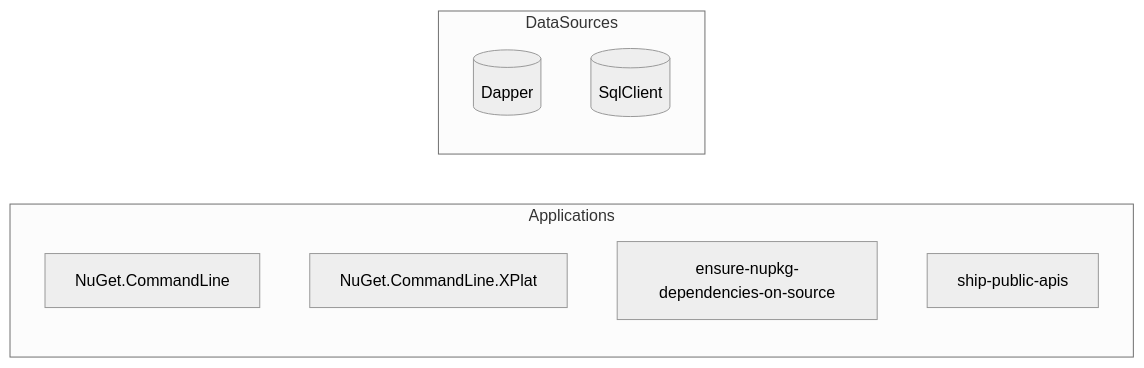
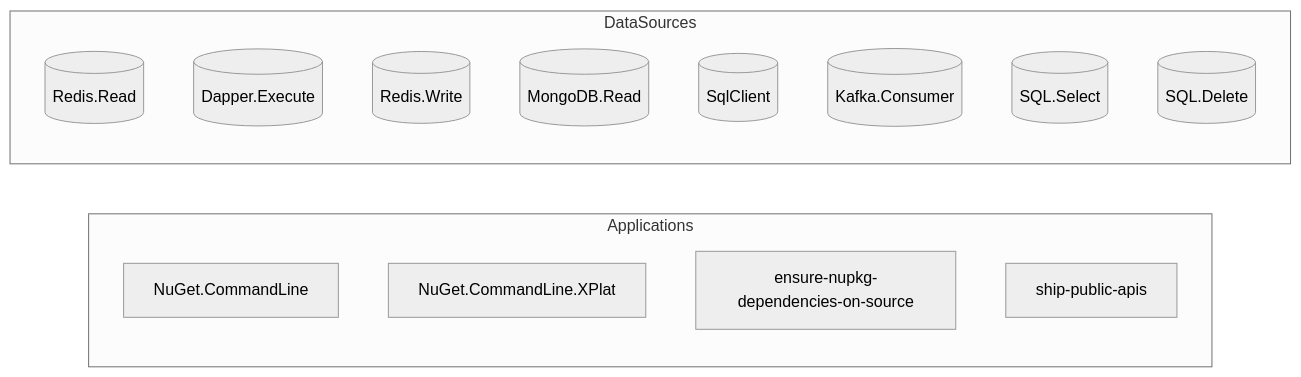
The third of 4 diagrams in output-nuget/docs/index.md (GanizaniSitara/tools-static-analysis), drawn with Mermaid (neutral theme) before and after one commit. The commit also changed other lines of this file and 143 other files, not shown here.

````diff
--- a/output-nuget/docs/index.md
+++ b/output-nuget/docs/index.md
@@ -434,13 +434,19 @@
 ```mermaid
 graph LR
     subgraph Applications
         NuGet_Client_NuGet_CommandLine["NuGet.CommandLine"]
         NuGet_Client_NuGet_CommandLine_XPlat["NuGet.CommandLine.XPlat"]
         NuGet_Client_ensure_nupkg_dependencies_on_source["ensure-nupkg-dependencies-on-source"]
         NuGet_Client_ship_public_apis["ship-public-apis"]
     end
     subgraph DataSources
-        datasource_NuGet_Client_Dapper[("Dapper")]
+        datasource_NuGet_Client_Redis_Read[("Redis.Read")]
+        datasource_NuGet_Client_Dapper_Execute[("Dapper.Execute")]
+        datasource_NuGet_Client_Redis_Write[("Redis.Write")]
+        datasource_NuGet_Client_MongoDB_Read[("MongoDB.Read")]
         datasource_NuGet_Client_SqlClient[("SqlClient")]
+        datasource_NuGet_Client_Kafka_Consumer[("Kafka.Consumer")]
+        datasource_NuGet_Client_SQL_Select[("SQL.Select")]
+        datasource_NuGet_Client_SQL_Delete[("SQL.Delete")]
     end
 ```
````
